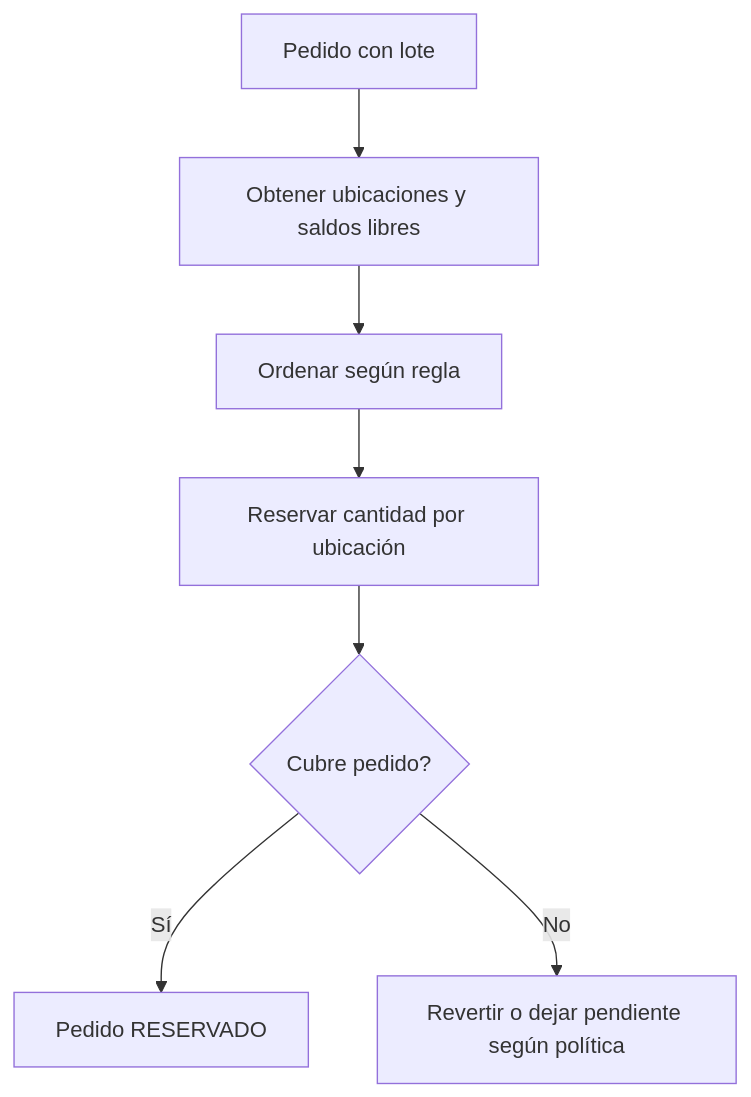
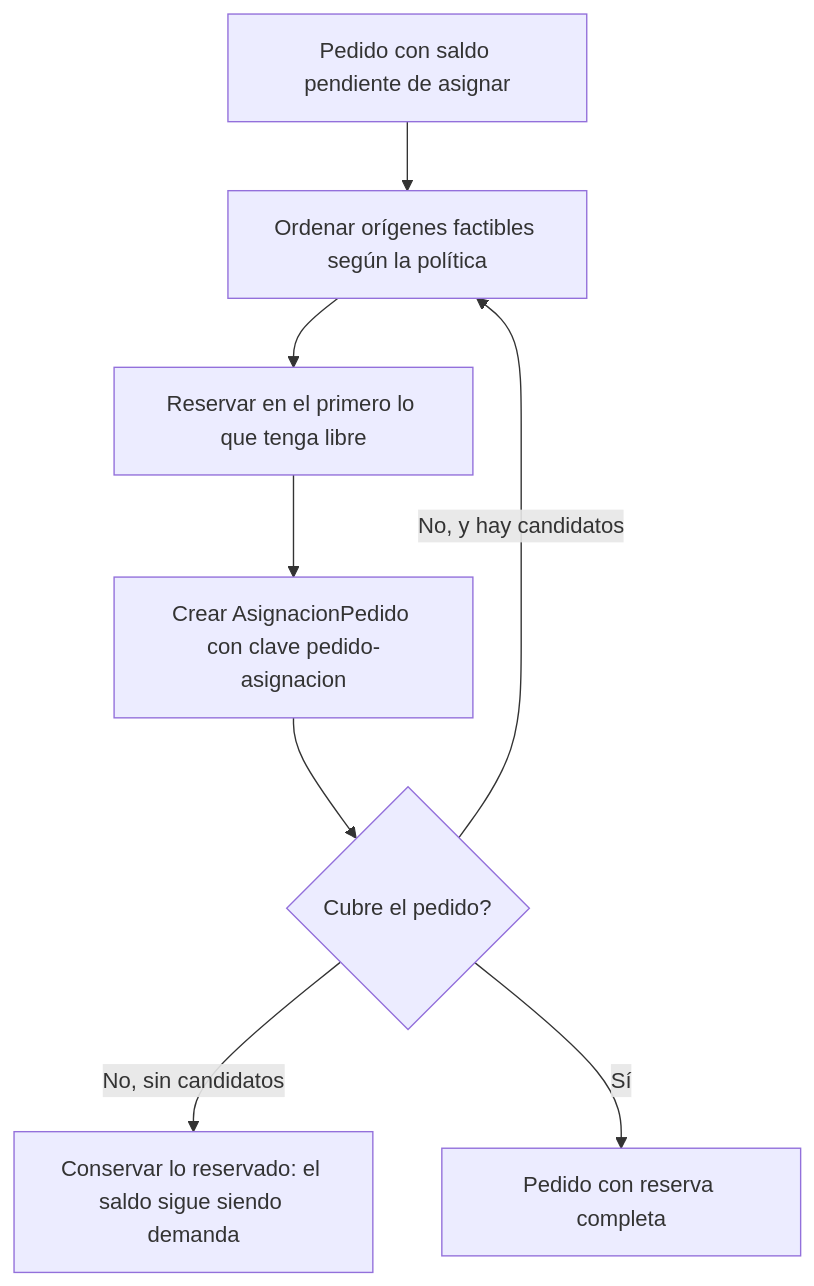
Before and after one commit to mazzuccoda/Anylogic_log_arg_2026: the third of 5 diagrams in docs/04_Flujos/Flujos_Operativos.md, drawn with Mermaid. The commit also changed other lines of this file and 19 other files, not shown here.

````diff
--- a/docs/04_Flujos/Flujos_Operativos.md
+++ b/docs/04_Flujos/Flujos_Operativos.md
@@ -74,9 +79,10 @@
 ```mermaid
 flowchart TD
-    A[Pedido con lote] --> B[Obtener ubicaciones y saldos libres]
-    B --> C[Ordenar según regla]
-    C --> D[Reservar cantidad por ubicación]
-    D --> E{Cubre pedido?}
-    E -->|Sí| F[Pedido RESERVADO]
-    E -->|No| G[Revertir o dejar pendiente según política]
+    A[Pedido con saldo pendiente de asignar] --> B[Ordenar orígenes factibles según la política]
+    B --> C[Reservar en el primero lo que tenga libre]
+    C --> D[Crear AsignacionPedido con clave pedido-asignacion]
+    D --> E{Cubre el pedido?}
+    E -->|No, y hay candidatos| B
+    E -->|No, sin candidatos| F[Conservar lo reservado: el saldo sigue siendo demanda]
+    E -->|Sí| G[Pedido con reserva completa]
 ```
````
